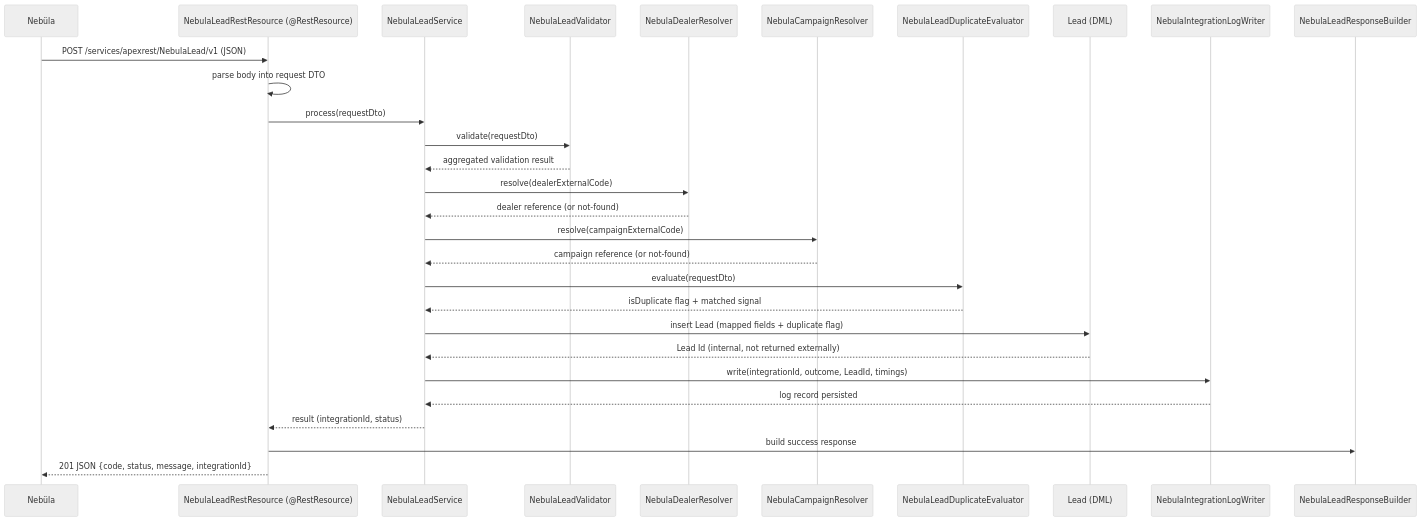
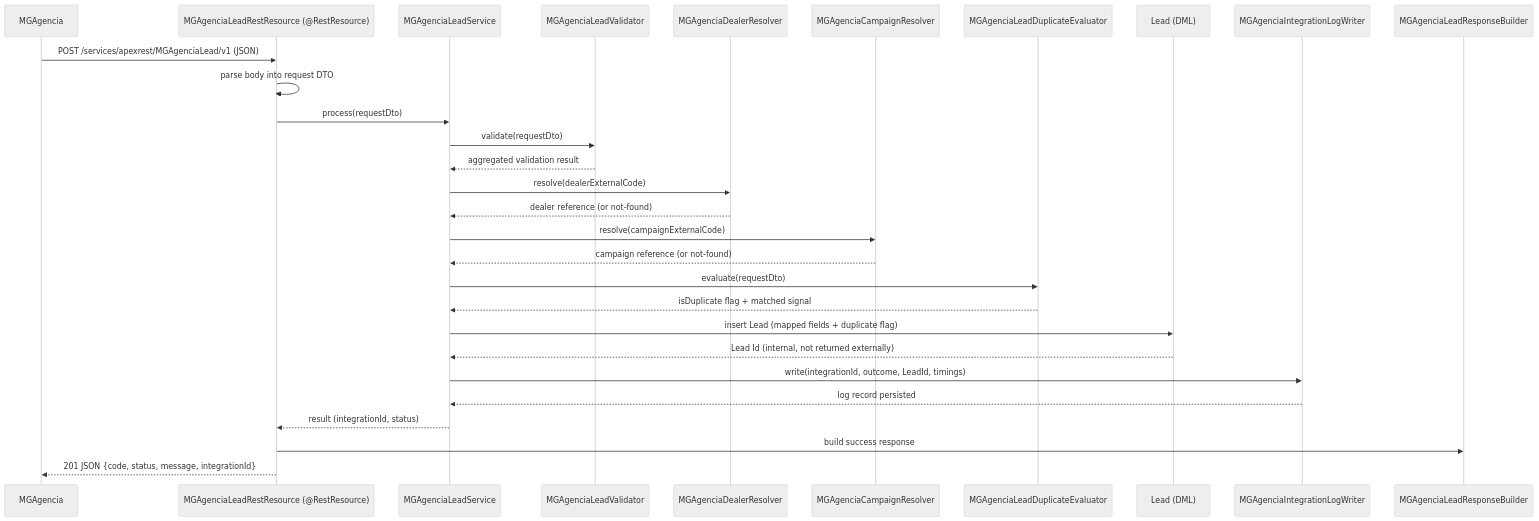
One commit to hansselmirabal-spec/Api-MG- changed the first of 2 diagrams in docs/ARCHITECTURE.md. Above: the diagram before and after it, drawn with Mermaid (neutral theme). The commit also changed other lines of this file and 105 other files, not shown here.

Commit message:
refactor: rename provider from Nebula to MGAgencia across code, metadata and docs

````diff
--- a/docs/ARCHITECTURE.md
+++ b/docs/ARCHITECTURE.md
@@ -41,32 +41,32 @@
 ```mermaid
 sequenceDiagram
-    participant Nebula as Nebüla
-    participant REST as NebulaLeadRestResource (@RestResource)
-    participant Svc as NebulaLeadService
-    participant Val as NebulaLeadValidator
-    participant DealerRes as NebulaDealerResolver
-    participant CampRes as NebulaCampaignResolver
-    participant Dup as NebulaLeadDuplicateEvaluator
+    participant MGAgencia as MGAgencia
+    participant REST as MGAgenciaLeadRestResource (@RestResource)
+    participant Svc as MGAgenciaLeadService
+    participant Val as MGAgenciaLeadValidator
+    participant DealerRes as MGAgenciaDealerResolver
+    participant CampRes as MGAgenciaCampaignResolver
+    participant Dup as MGAgenciaLeadDuplicateEvaluator
     participant Lead as Lead (DML)
-    participant Log as NebulaIntegrationLogWriter
-    participant Resp as NebulaLeadResponseBuilder
+    participant Log as MGAgenciaIntegrationLogWriter
+    participant Resp as MGAgenciaLeadResponseBuilder
 
-    Nebula->>REST: POST /services/apexrest/NebulaLead/v1 (JSON)
+    MGAgencia->>REST: POST /services/apexrest/MGAgenciaLead/v1 (JSON)
     REST->>REST: parse body into request DTO
     REST->>Svc: process(requestDto)
     Svc->>Val: validate(requestDto)
     Val-->>Svc: aggregated validation result
     Svc->>DealerRes: resolve(dealerExternalCode)
     DealerRes-->>Svc: dealer reference (or not-found)
     Svc->>CampRes: resolve(campaignExternalCode)
     CampRes-->>Svc: campaign reference (or not-found)
     Svc->>Dup: evaluate(requestDto)
     Dup-->>Svc: isDuplicate flag + matched signal
     Svc->>Lead: insert Lead (mapped fields + duplicate flag)
     Lead-->>Svc: Lead Id (internal, not returned externally)
     Svc->>Log: write(integrationId, outcome, LeadId, timings)
     Log-->>Svc: log record persisted
     Svc-->>REST: result (integrationId, status)
     REST->>Resp: build success response
-    REST-->>Nebula: 201 JSON {code, status, message, integrationId}
+    REST-->>MGAgencia: 201 JSON {code, status, message, integrationId}
 ```
````
